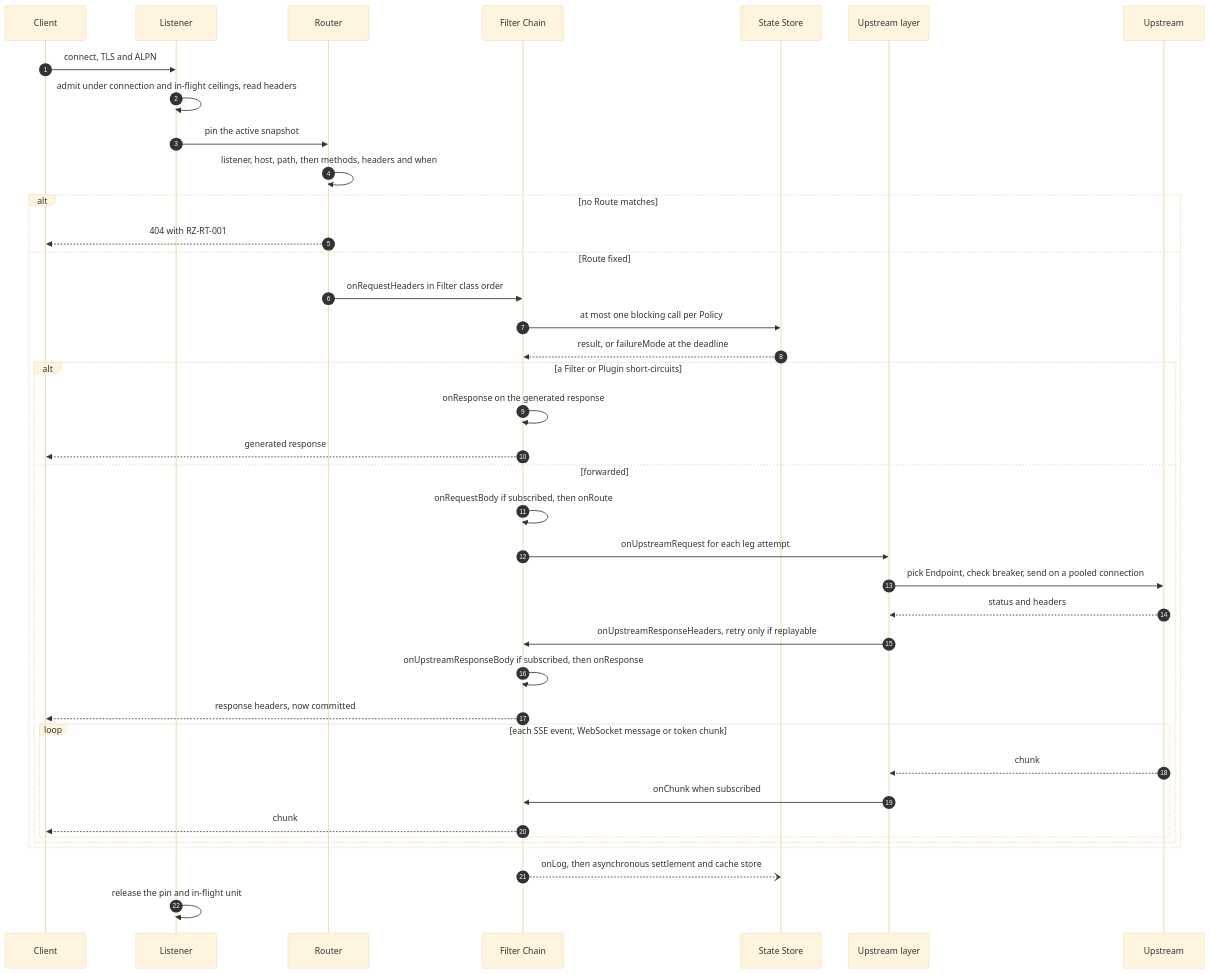
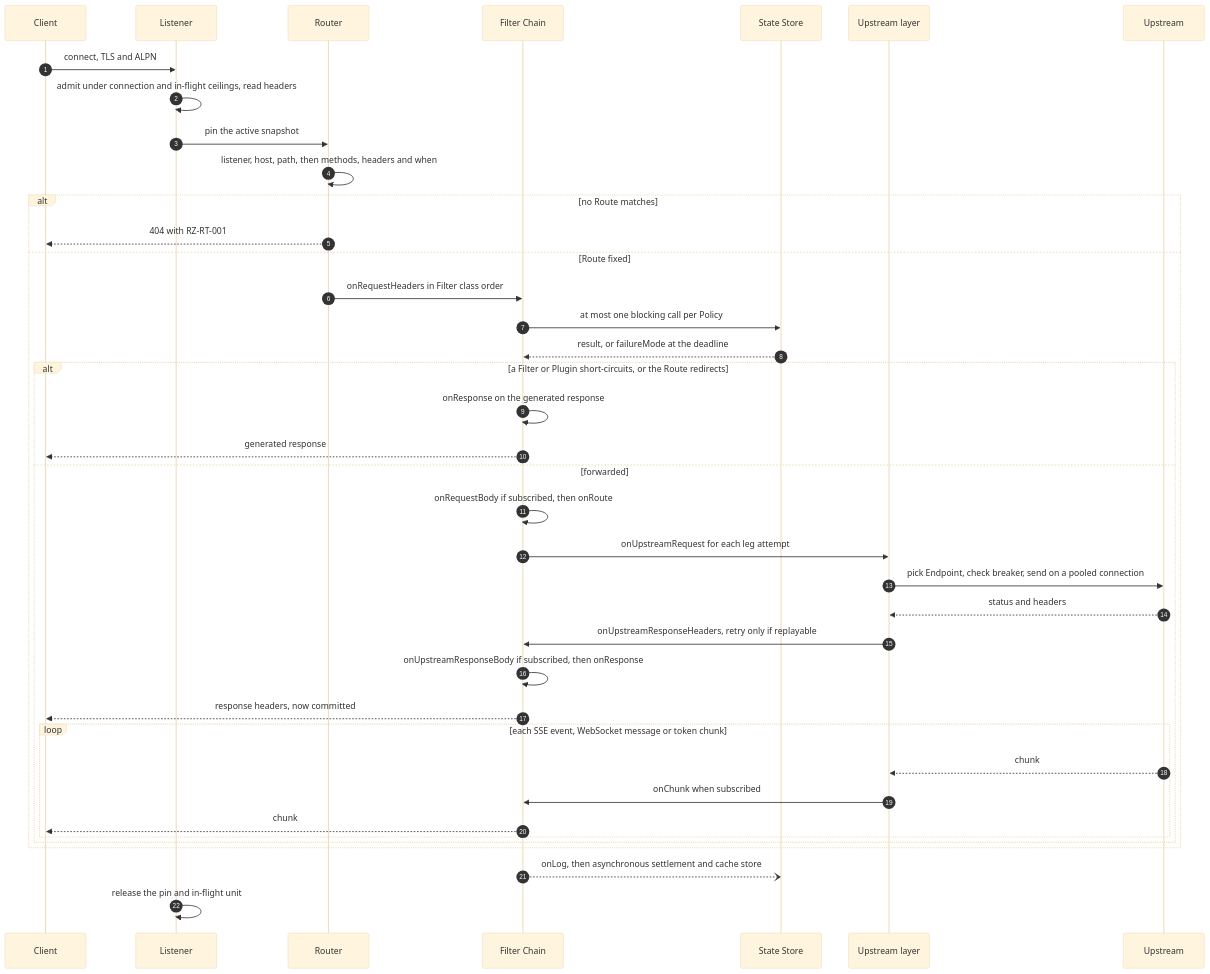
One commit to ravindu-rev/ruralz changed the first of 4 diagrams in docs/architecture/03-data-plane.md. Above: the diagram before and after it, drawn with Mermaid (base theme). The commit also changed other lines of this file and 405 other files, not shown here.

First line of the commit message:
feat(gateway): add Route redirects and mirrors

````diff
--- a/docs/architecture/03-data-plane.md
+++ b/docs/architecture/03-data-plane.md
@@ -60,41 +60,41 @@
 ```mermaid
 sequenceDiagram
     autonumber
     participant C as Client
     participant L as Listener
     participant R as Router
     participant FC as Filter Chain
     participant SS as State Store
     participant UL as Upstream layer
     participant UP as Upstream
     C->>L: connect, TLS and ALPN
     L->>L: admit under connection and in-flight ceilings, read headers
     L->>R: pin the active snapshot
     R->>R: listener, host, path, then methods, headers and when
     alt no Route matches
         R-->>C: 404 with RZ-RT-001
     else Route fixed
         R->>FC: onRequestHeaders in Filter class order
         FC->>SS: at most one blocking call per Policy
         SS-->>FC: result, or failureMode at the deadline
-        alt a Filter or Plugin short-circuits
+        alt a Filter or Plugin short-circuits, or the Route redirects
             FC->>FC: onResponse on the generated response
             FC-->>C: generated response
         else forwarded
             FC->>FC: onRequestBody if subscribed, then onRoute
             FC->>UL: onUpstreamRequest for each leg attempt
             UL->>UP: pick Endpoint, check breaker, send on a pooled connection
             UP-->>UL: status and headers
             UL->>FC: onUpstreamResponseHeaders, retry only if replayable
             FC->>FC: onUpstreamResponseBody if subscribed, then onResponse
             FC-->>C: response headers, now committed
             loop each SSE event, WebSocket message or token chunk
                 UP-->>UL: chunk
                 UL->>FC: onChunk when subscribed
                 FC-->>C: chunk
             end
         end
     end
     FC--)SS: onLog, then asynchronous settlement and cache store
     L->>L: release the pin and in-flight unit
 ```
````
